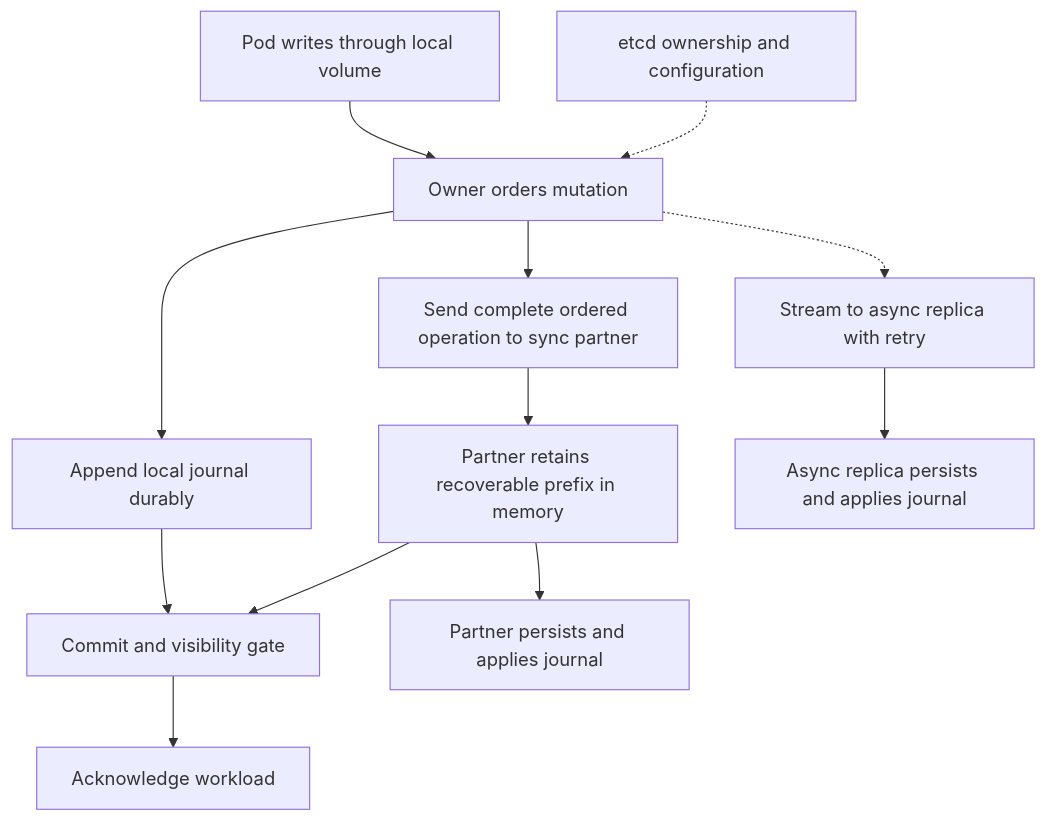
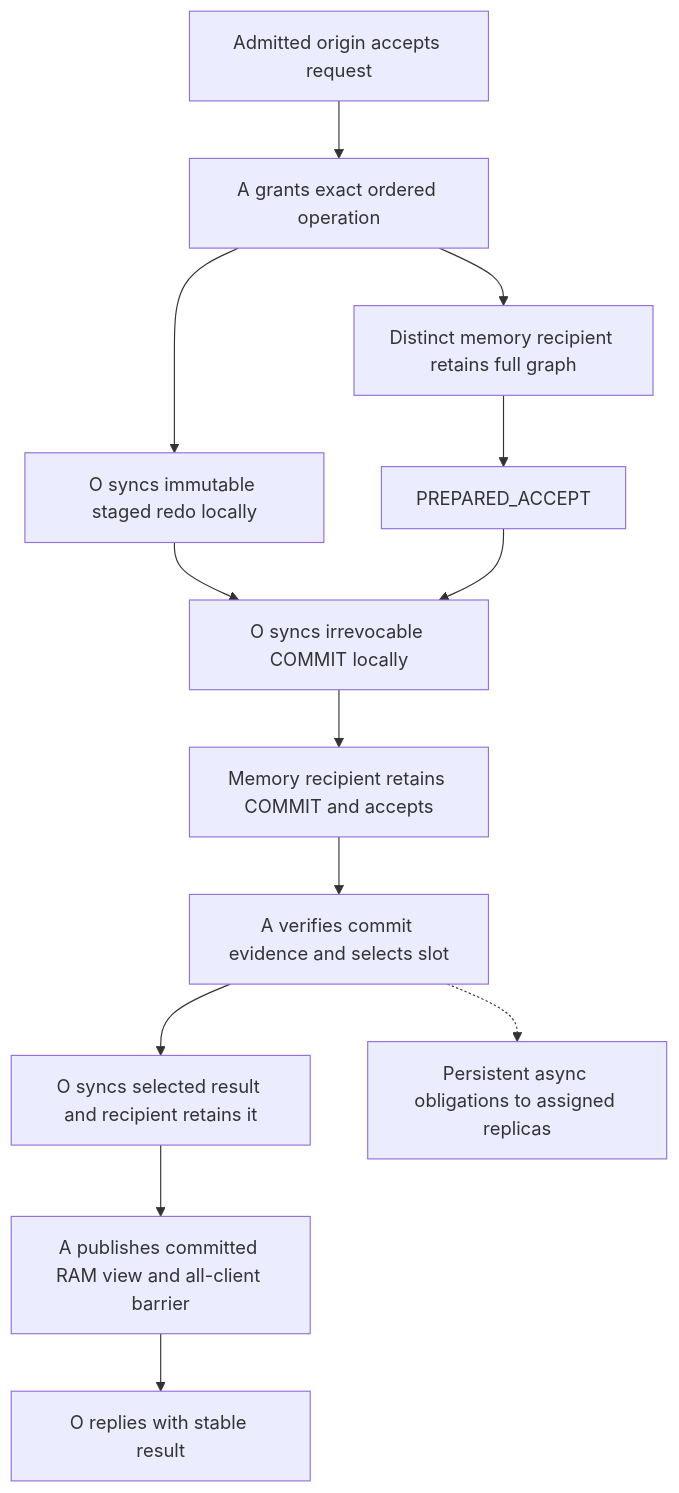
Before and after one commit to snonux/homelabfs: the diagram in docs/Replication.md, drawn with Mermaid. The commit also changed other lines of this file and 17 other files, not shown here.

Commit message:
docs: specify coordinated all-origin commit and visibility (cz3)

````diff
--- a/docs/Replication.md
+++ b/docs/Replication.md
@@ -33,14 +24,15 @@
 ```mermaid
 flowchart TD
-    W[Pod writes through local volume] --> O[Owner orders mutation]
-    O --> L[Append local journal durably]
-    O --> S[Send complete ordered operation to sync partner]
-    O -.-> Q[Stream to async replica with retry]
-    S --> M[Partner retains recoverable prefix in memory]
-    L --> G[Commit and visibility gate]
-    M --> G
-    G --> ACK[Acknowledge workload]
-    M --> D[Partner persists and applies journal]
-    Q --> T[Async replica persists and applies journal]
-    E[etcd ownership and configuration] -.-> O
+    O[Admitted origin accepts request] --> G[A grants exact ordered operation]
+    G --> D[O syncs immutable staged redo locally]
+    G --> M[Distinct memory recipient retains full graph]
+    M --> PA[PREPARED_ACCEPT]
+    D --> C[O syncs irrevocable COMMIT locally]
+    PA --> C
+    C --> CA[Memory recipient retains COMMIT and accepts]
+    CA --> S[A verifies commit evidence and selects slot]
+    S --> R[O syncs selected result and recipient retains it]
+    R --> V[A publishes committed RAM view and all-client barrier]
+    V --> ACK[O replies with stable result]
+    S -.-> P[Persistent async obligations to assigned replicas]
 ```
````
